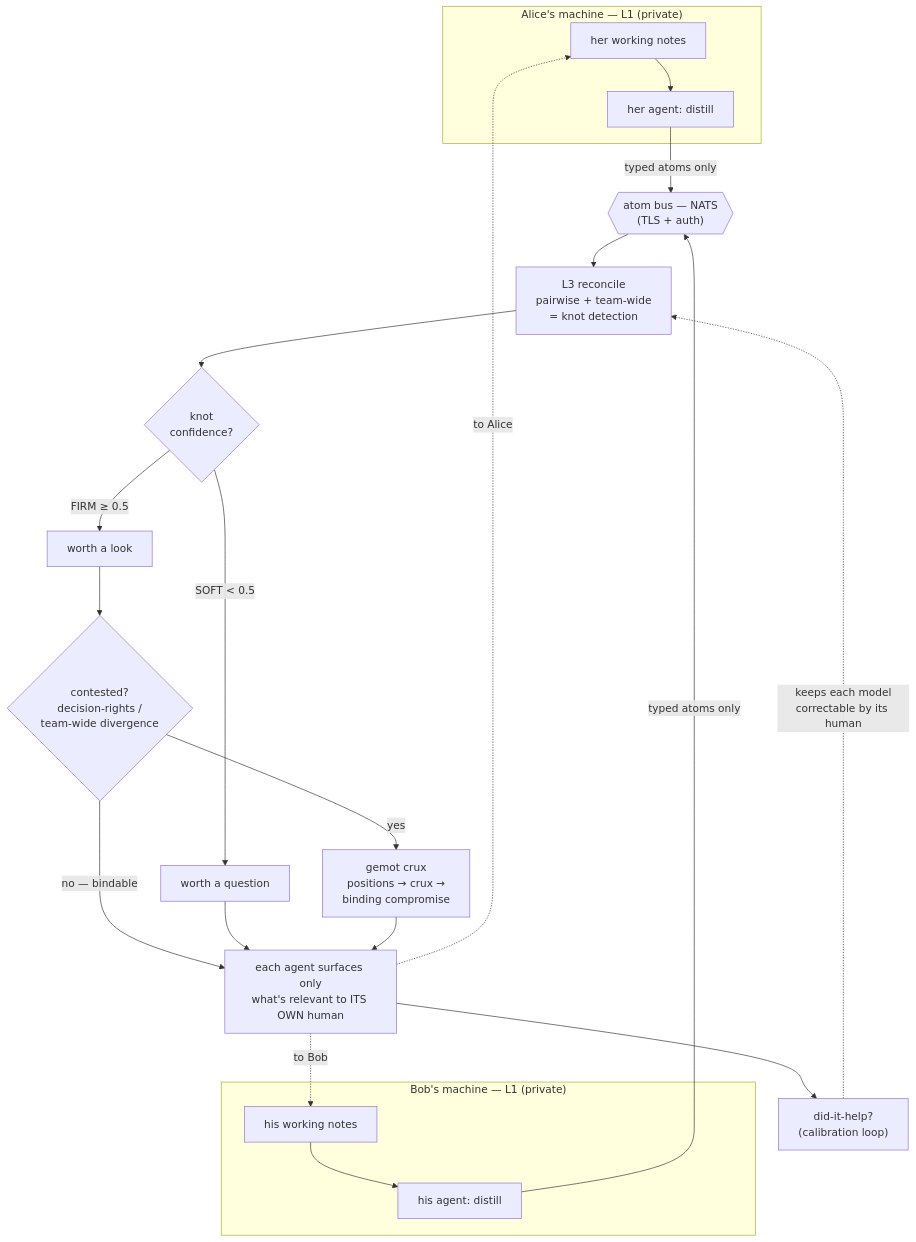
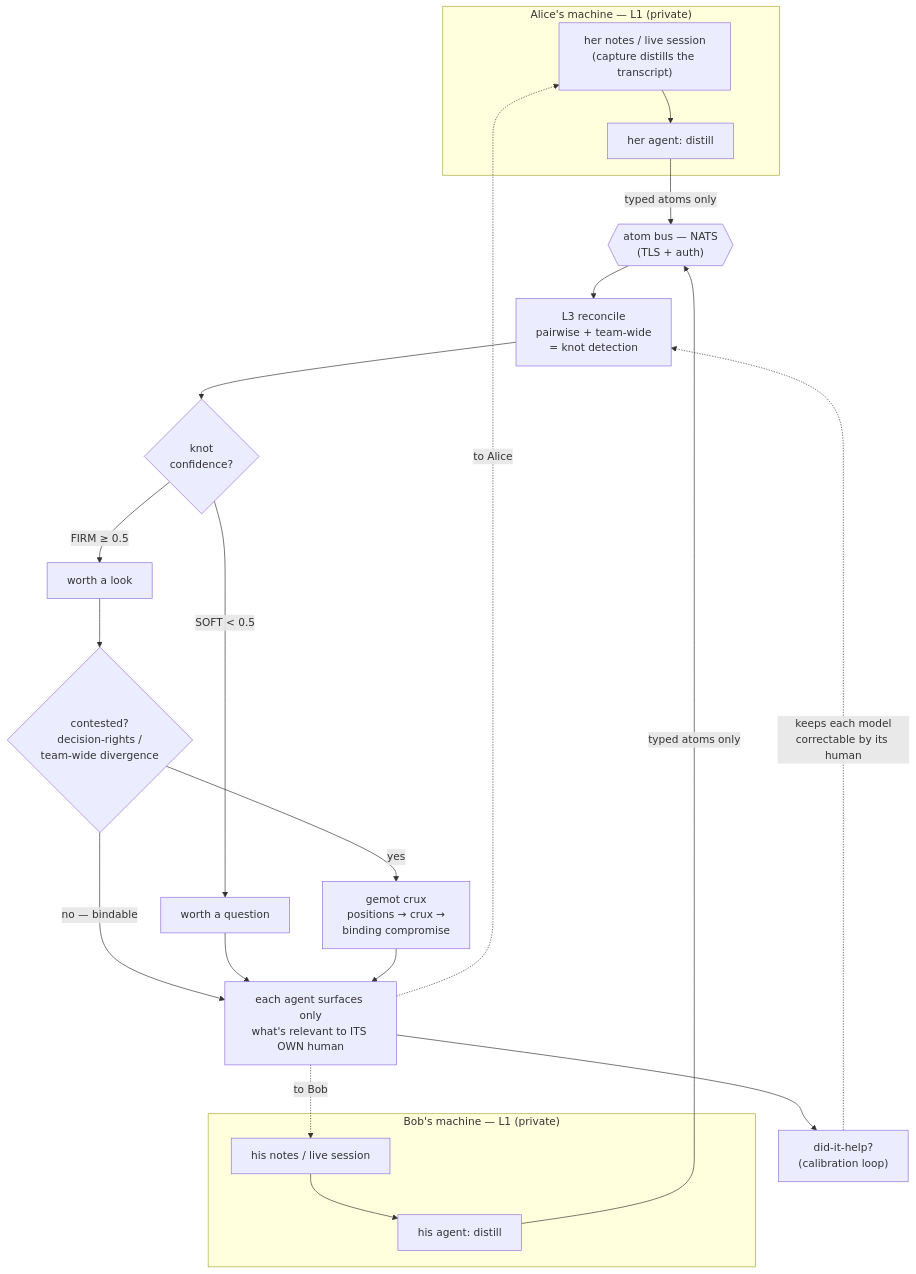
The diagram in README.md (justinstimatze/ettle), drawn with Mermaid before and after one commit. The commit also changed other lines of this file and 7 other files, not shown here.

````diff
--- a/README.md
+++ b/README.md
@@ -9,26 +9,26 @@
 ```mermaid
 flowchart TB
     subgraph A["Alice's machine — L1 (private)"]
-        AN["her working notes"] --> AD["her agent: distill"]
+        AN["her notes / live session<br/>(capture distills the transcript)"] --> AD["her agent: distill"]
     end
     subgraph B["Bob's machine — L1 (private)"]
-        BN["his working notes"] --> BD["his agent: distill"]
+        BN["his notes / live session"] --> BD["his agent: distill"]
     end
     AD -- "typed atoms only" --> BUS
     BD -- "typed atoms only" --> BUS
     BUS{{"atom bus — NATS<br/>(TLS + auth)"}}
     BUS --> RC["L3 reconcile<br/>pairwise + team-wide<br/>= knot detection"]
     RC --> CONF{"knot<br/>confidence?"}
     CONF -- "FIRM &ge; 0.5" --> FIRM["worth a look"]
     CONF -- "SOFT &lt; 0.5" --> SOFT["worth a question"]
     FIRM --> CONTEST{"contested?<br/>decision-rights /<br/>team-wide divergence"}
     CONTEST -- "no — bindable" --> SURF
     CONTEST -- "yes" --> GEMOT["gemot crux<br/>positions &rarr; crux &rarr;<br/>binding compromise"]
     SOFT --> SURF
     GEMOT --> SURF
     SURF["each agent surfaces only<br/>what's relevant to ITS OWN human"]
     SURF -. "to Alice" .-> AN
     SURF -. "to Bob" .-> BN
     SURF --> CAL["did-it-help?<br/>(calibration loop)"]
     CAL -. "keeps each model<br/>correctable by its human" .-> RC
 ```
````
